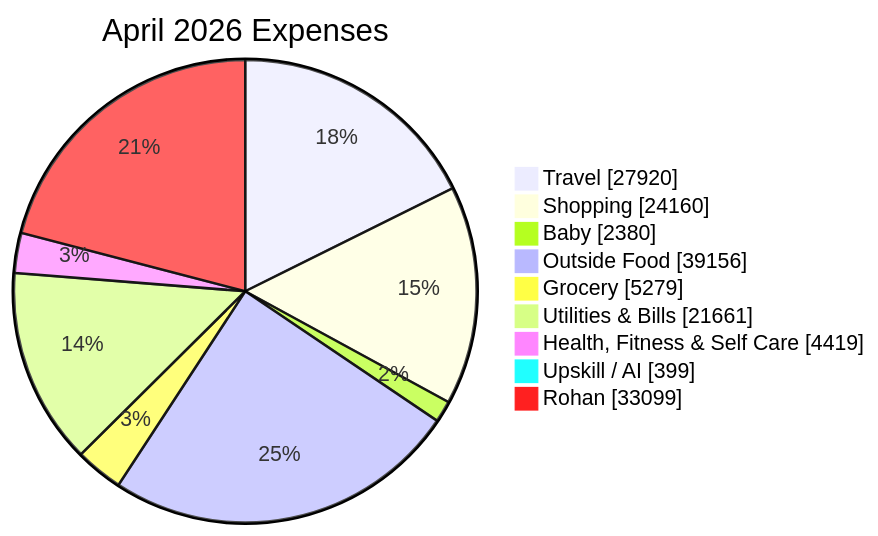
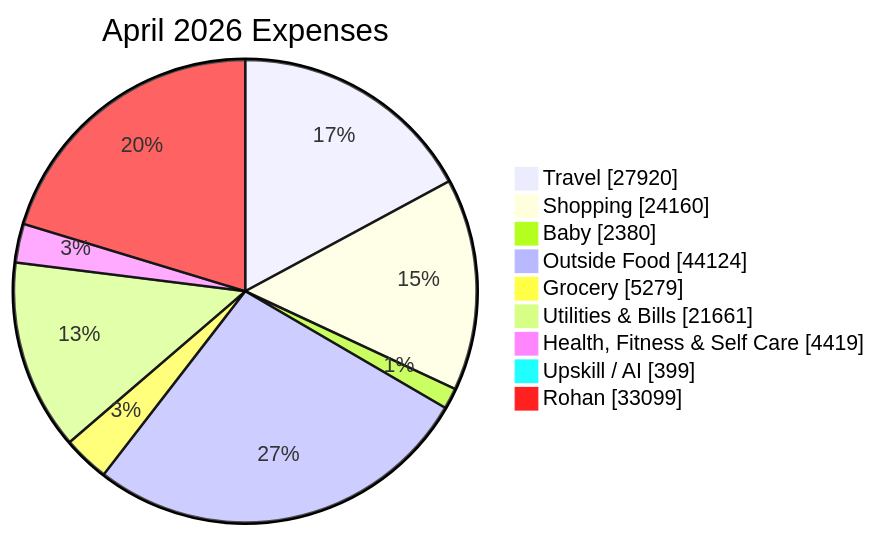
One commit to sachin-hg/expense-reporter changed the second of 2 diagrams in reports/2026-04.md. Above: the diagram before and after it, drawn with Mermaid. The commit also changed other lines of this file and 14 other files, not shown here.

````diff
--- a/reports/2026-04.md
+++ b/reports/2026-04.md
@@ -44,13 +48,13 @@
 ```mermaid
 pie showData
     title April 2026 Expenses
     "Travel" : 27920
     "Shopping" : 24160
     "Baby" : 2380
-    "Outside Food" : 39156
+    "Outside Food" : 44124
     "Grocery" : 5279
     "Utilities & Bills" : 21661
     "Health, Fitness & Self Care" : 4419
     "Upskill / AI" : 399
     "Rohan" : 33099
 ```
````
